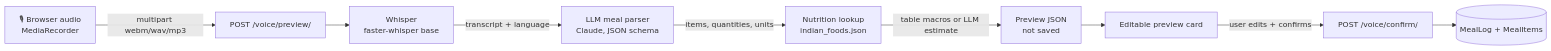
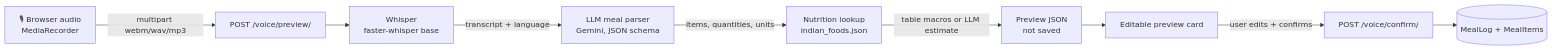
One commit to jagga-123/-TrackIntake-Voice-meal-logger changed the diagram in README.md. Above: the diagram before and after it, drawn with Mermaid. The commit also changed other lines of this file and 7 other files, not shown here.

````diff
--- a/README.md
+++ b/README.md
@@ -18,11 +18,11 @@
 ```mermaid
 flowchart LR
     A[🎙 Browser audio<br/>MediaRecorder] -->|multipart webm/wav/mp3| B[POST /voice/preview/]
     B --> C[Whisper<br/>faster-whisper base]
-    C -->|transcript + language| D[LLM meal parser<br/>Claude, JSON schema]
+    C -->|transcript + language| D[LLM meal parser<br/>Gemini, JSON schema]
     D -->|items, quantities, units| E[Nutrition lookup<br/>indian_foods.json]
     E -->|table macros or LLM estimate| F[Preview JSON<br/>not saved]
     F --> G[Editable preview card]
     G -->|user edits + confirms| H[POST /voice/confirm/]
     H --> I[(MealLog + MealItems)]
 ```
````
